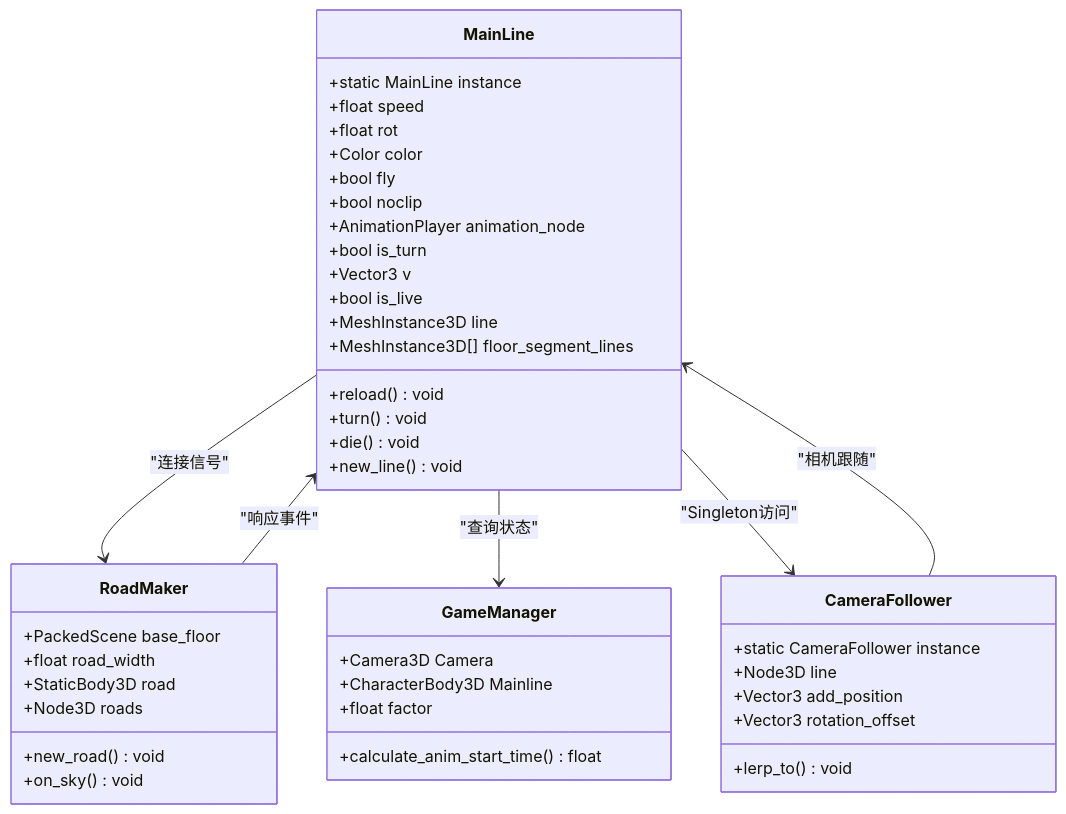
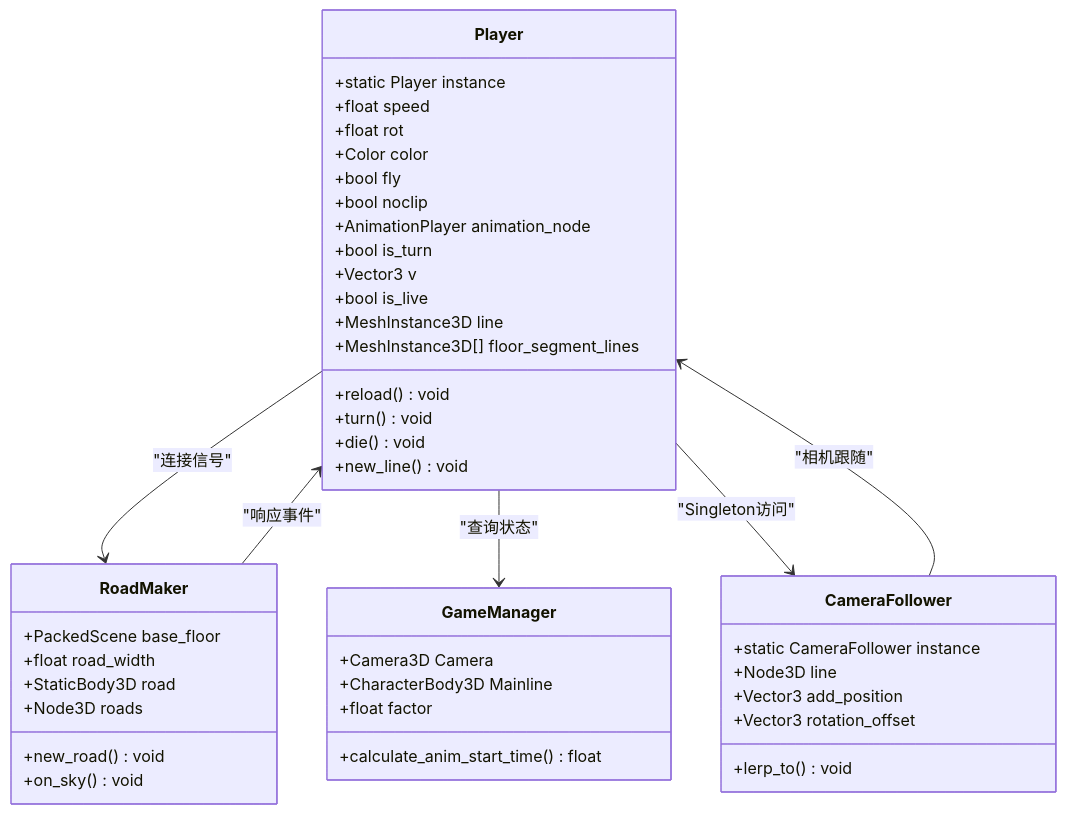
Before and after one commit to godotline/godot-line: the third of 13 diagrams in .qoder/repowiki/zh/content/Mainline Script.md, drawn with Mermaid. The commit also changed other lines of this file and 18 other files, not shown here.

````diff
--- a/.qoder/repowiki/zh/content/Mainline Script.md
+++ b/.qoder/repowiki/zh/content/Mainline Script.md
@@ -168,47 +169,47 @@
 ```mermaid
 classDiagram
-class MainLine {
-+static MainLine instance
+class Player {
++static Player instance
 +float speed
 +float rot
 +Color color
 +bool fly
 +bool noclip
 +AnimationPlayer animation_node
 +bool is_turn
 +Vector3 v
 +bool is_live
 +MeshInstance3D line
 +MeshInstance3D[] floor_segment_lines
 +reload() void
 +turn() void
 +die() void
 +new_line() void
 }
 class RoadMaker {
 +PackedScene base_floor
 +float road_width
 +StaticBody3D road
 +Node3D roads
 +new_road() void
 +on_sky() void
 }
 class GameManager {
 +Camera3D Camera
 +CharacterBody3D Mainline
 +float factor
 +calculate_anim_start_time() float
 }
 class CameraFollower {
 +static CameraFollower instance
 +Node3D line
 +Vector3 add_position
 +Vector3 rotation_offset
 +lerp_to() void
 }
-MainLine --> RoadMaker : "连接信号"
-MainLine --> GameManager : "查询状态"
-MainLine --> CameraFollower : "Singleton访问"
-RoadMaker --> MainLine : "响应事件"
-CameraFollower --> MainLine : "相机跟随"
+Player --> RoadMaker : "连接信号"
+Player --> GameManager : "查询状态"
+Player --> CameraFollower : "Singleton访问"
+RoadMaker --> Player : "响应事件"
+CameraFollower --> Player : "相机跟随"
 ```
````
